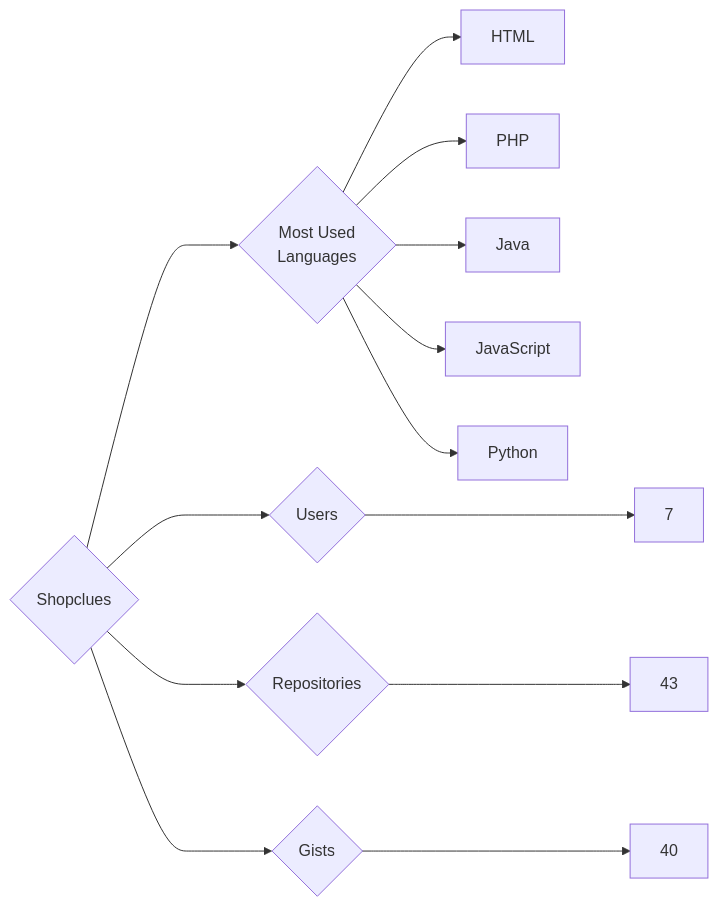
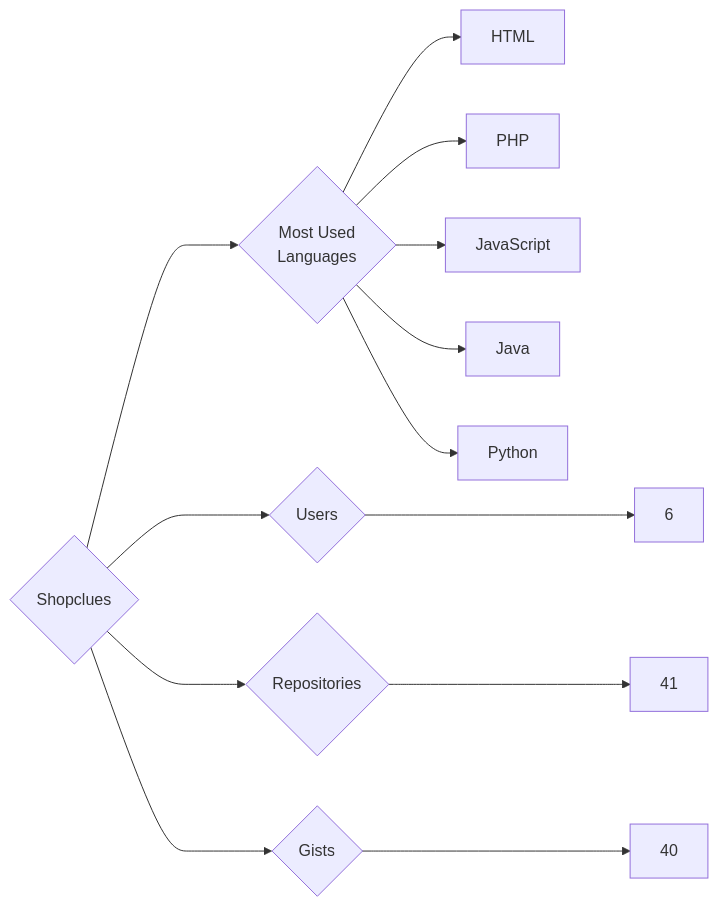
Before and after one commit to trickest/insiders: the diagram in targets/Shopclues/README.md, drawn with Mermaid. The commit also changed 1389 other files, not shown here.

````diff
--- a/targets/Shopclues/README.md
+++ b/targets/Shopclues/README.md
@@ -3,13 +3,13 @@
 ```mermaid
 graph LR
 COMPANY_NAME{Shopclues}
-COMPANY_NAME ---> U{Users} ---> UN[7]
-COMPANY_NAME ---> R{Repositories} ---> RN[43]
+COMPANY_NAME ---> U{Users} ---> UN[6]
+COMPANY_NAME ---> R{Repositories} ---> RN[41]
 COMPANY_NAME ---> G{Gists} ---> GN[40]
 COMPANY_NAME ---> ML{Most Used<br>Languages}
 ML --> HTML[HTML]
 ML --> PHP[PHP]
+ML --> JavaScript[JavaScript]
 ML --> Java[Java]
-ML --> JavaScript[JavaScript]
 ML --> Python[Python]
 ```
````
